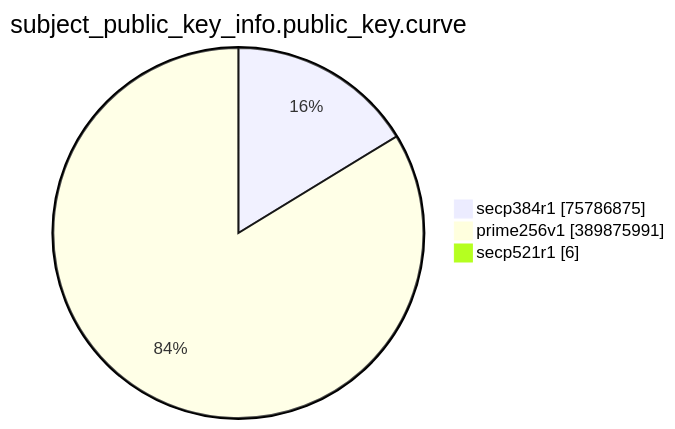
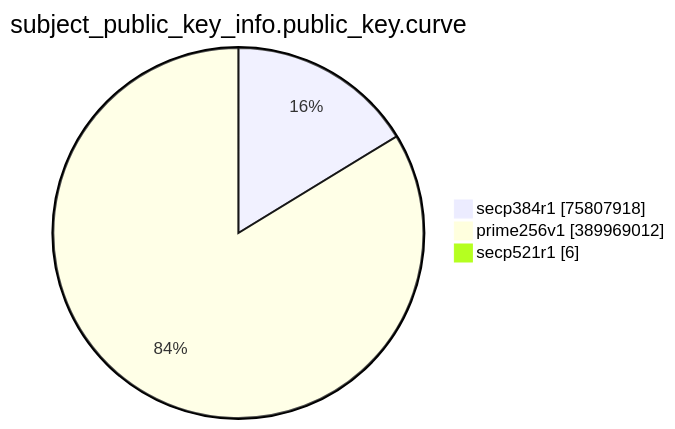
One commit to christiankrug/ctmonitor_visualization changed the eighth of 15 diagrams in TOTAL/README.md. Above: the diagram before and after it, drawn with Mermaid. The commit also changed other lines of this file, not shown here.

````diff
--- a/TOTAL/README.md
+++ b/TOTAL/README.md
@@ -3094,7 +3094,7 @@
 ```mermaid
 pie showData
 title subject_public_key_info.public_key.curve
-"secp384r1" :75786875
-"prime256v1" :389875991
+"secp384r1" :75807918
+"prime256v1" :389969012
 "secp521r1" :6
 ```
````
